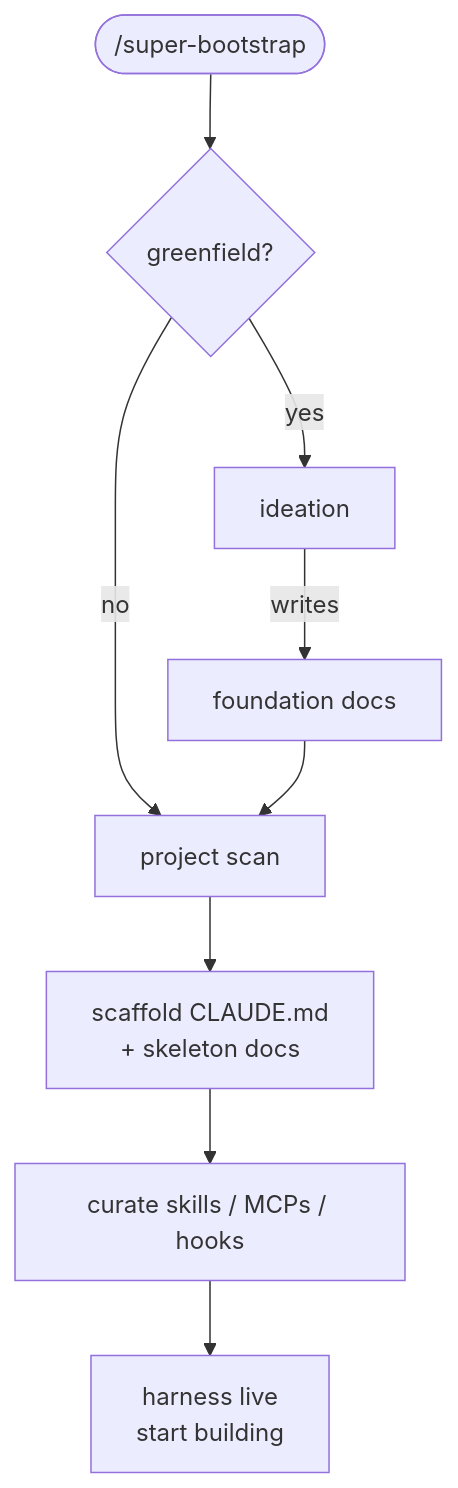
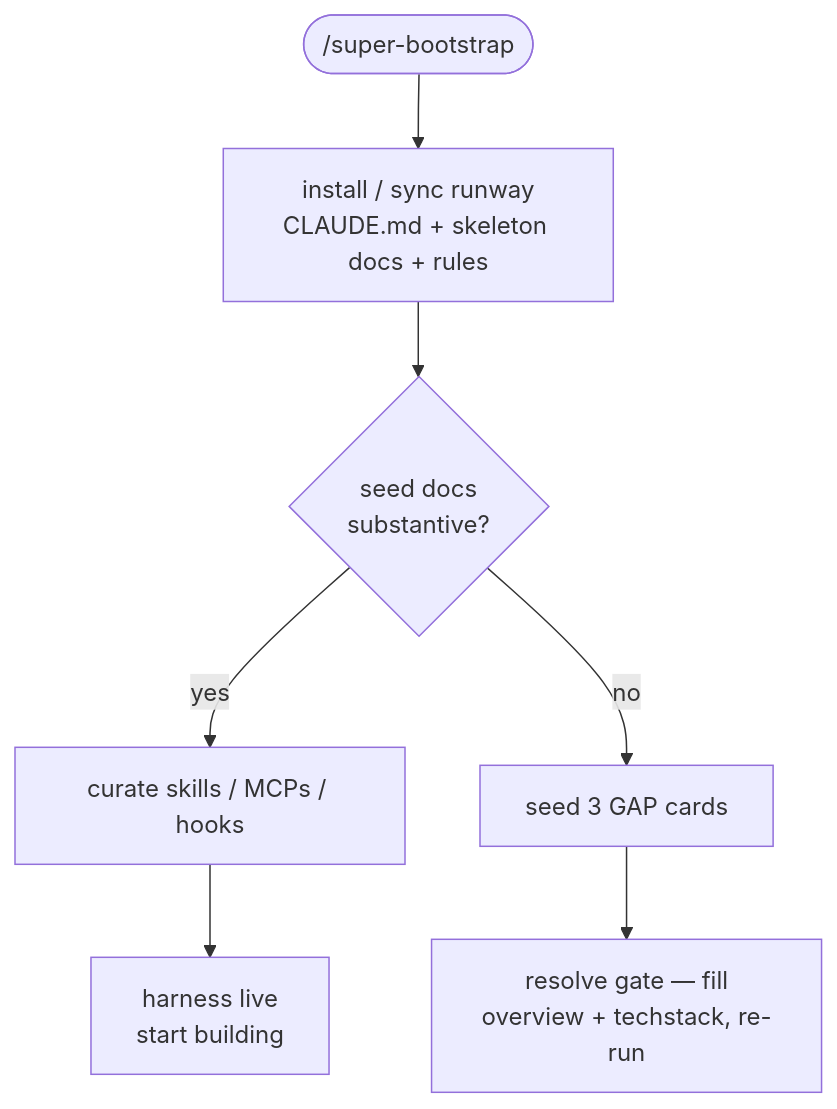
The diagram in README.md (RockyHong/super-bootstrap), drawn with Mermaid before and after one commit. The commit also changed other lines of this file and 2 other files, not shown here.

Commit message:
chore: sync harness pipeline — runway 2.17.0 → 2.25.0
Full drift re-check ran (version-stale enforced). 14 drifted sections
adjudicated, 12 rejected with grounds:

- Consumer names `audit-harness-edits` / `load-harness-principles` / `/release`
  where the skeleton generalizes — device-served skills the plugin does not
  ship, so dogfood and shipped forms are both correct. Permanent by design.
- Two rows were this repo's own unreleased skeleton edit, not drift; the
  published cache converges at next /release.
- The rest are skeleton placeholders the consumer has resolved — the intended
  end state, not divergence.

Doc-sync caught the retired greenfield Q&A flow still described in three
places: overview.md's living-doc note, and README's routing prose + mermaid
diagram. The entry writes no product content and asks no product questions —
greenfield now seeds GAP cards and stops at the resolve gate.

Claude-Session: https://claude.ai/code/session_017ai41MkNd9nmgvDUige6jF

````diff
--- a/README.md
+++ b/README.md
@@ -35,12 +37,10 @@
 ```mermaid
 flowchart TD
     entry(["/super-bootstrap"])
-    entry --> gate{"greenfield?"}
-    gate -->|yes| ideate["ideation"]
-    gate -->|no| scan
-    ideate -->|writes| seeds["foundation docs"]
-    seeds --> scan["project scan"]
-    scan --> scaffold["scaffold CLAUDE.md<br/>+ skeleton docs"]
-    scaffold --> curate["curate skills / MCPs / hooks"]
+    entry --> runway["install / sync runway<br/>CLAUDE.md + skeleton docs + rules"]
+    runway --> gate{"seed docs<br/>substantive?"}
+    gate -->|yes| curate["curate skills / MCPs / hooks"]
+    gate -->|no| cards["seed 3 GAP cards"]
+    cards --> hold["resolve gate — fill<br/>overview + techstack, re-run"]
     curate --> done["harness live<br/>start building"]
 ```
````
